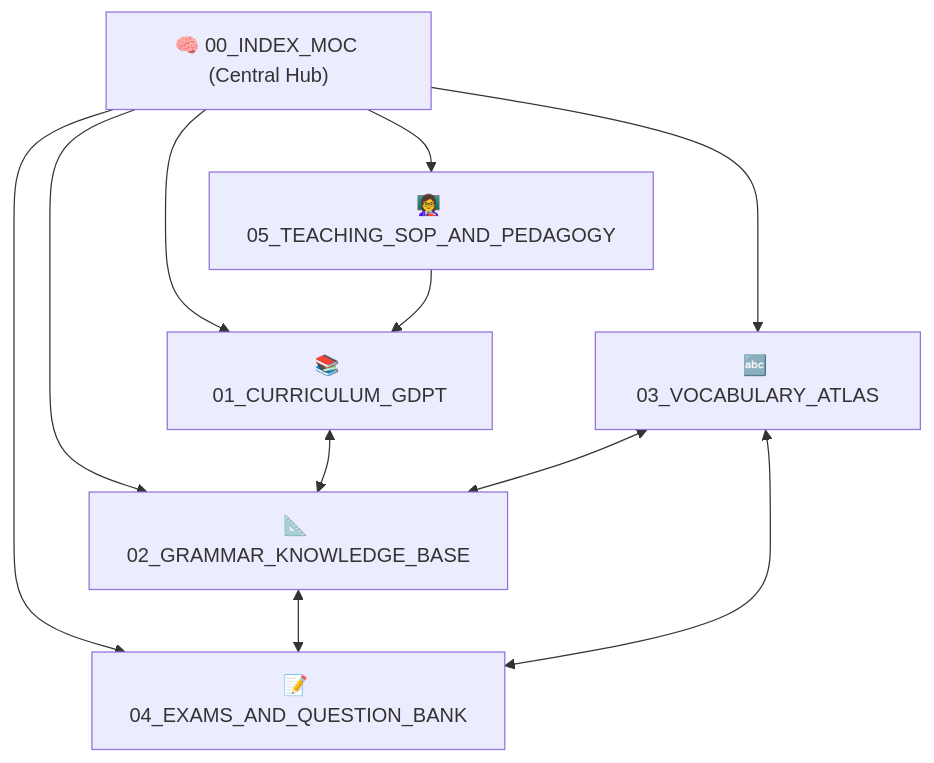
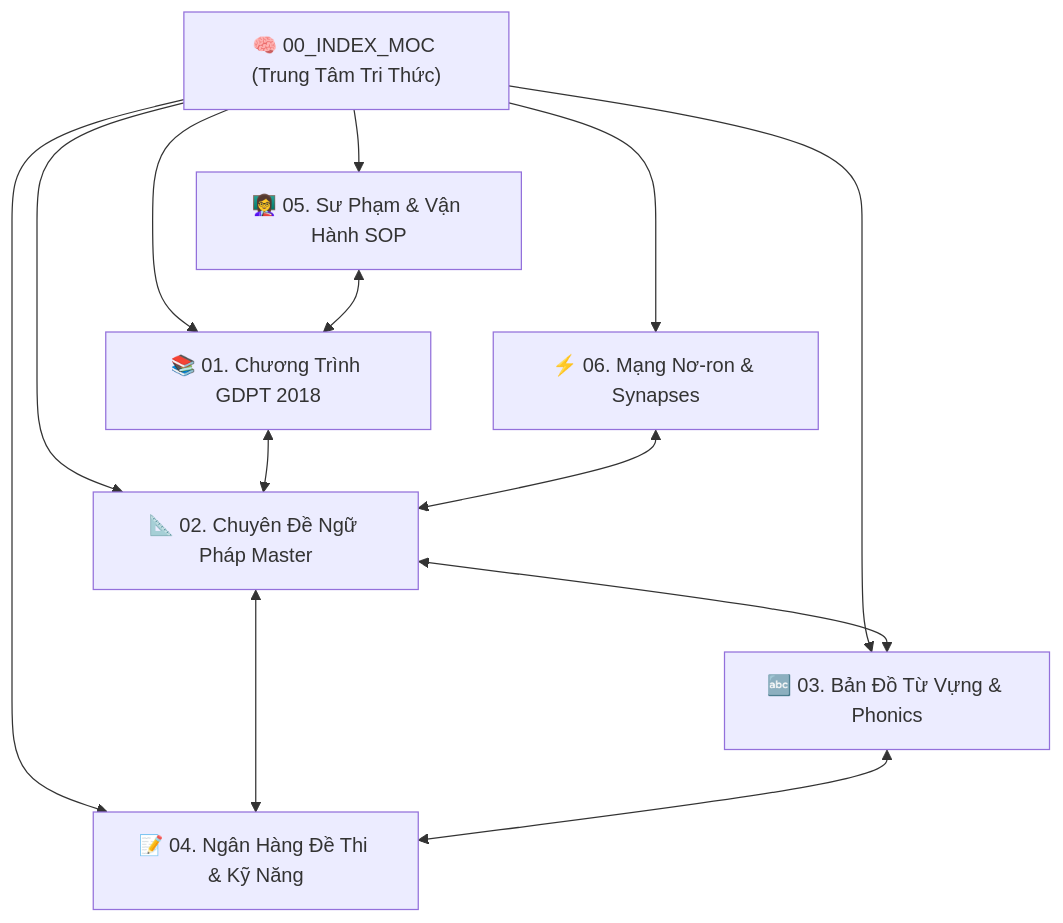
Before and after one commit to nmvpiovn-web/dungcna: the diagram in second_brain/00_INDEX_MOC.md, drawn with Mermaid. The commit also changed other lines of this file and 65 other files, not shown here.

````diff
--- a/second_brain/00_INDEX_MOC.md
+++ b/second_brain/00_INDEX_MOC.md
@@ -20,15 +21,24 @@
 ```mermaid
 graph TD
-    MOC["🧠 00_INDEX_MOC (Central Hub)"]
-    MOC --> C["📚 01_CURRICULUM_GDPT"]
-    MOC --> G["📐 02_GRAMMAR_KNOWLEDGE_BASE"]
-    MOC --> V["🔤 03_VOCABULARY_ATLAS"]
-    MOC --> E["📝 04_EXAMS_AND_QUESTION_BANK"]
-    MOC --> P["👩‍🏫 05_TEACHING_SOP_AND_PEDAGOGY"]
+    MOC["🧠 00_INDEX_MOC (Trung Tâm Tri Thức)"]
+    P1["📚 01. Chương Trình GDPT 2018"]
+    P2["📐 02. Chuyên Đề Ngữ Pháp Master"]
+    P3["🔤 03. Bản Đồ Từ Vựng & Phonics"]
+    P4["📝 04. Ngân Hàng Đề Thi & Kỹ Năng"]
+    P5["👩‍🏫 05. Sư Phạm & Vận Hành SOP"]
+    P6["⚡ 06. Mạng Nơ-ron & Synapses"]
 
-    C <--> G
-    G <--> E
-    V <--> E
-    V <--> G
-    P --> C
+    MOC --> P1
+    MOC --> P2
+    MOC --> P3
+    MOC --> P4
+    MOC --> P5
+    MOC --> P6
+
+    P1 <--> P2
+    P2 <--> P4
+    P3 <--> P4
+    P2 <--> P3
+    P5 <--> P1
+    P6 <--> P2
 ```
````
